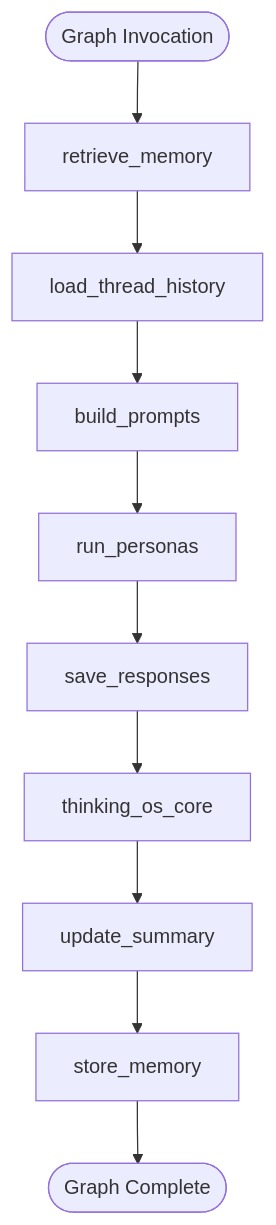
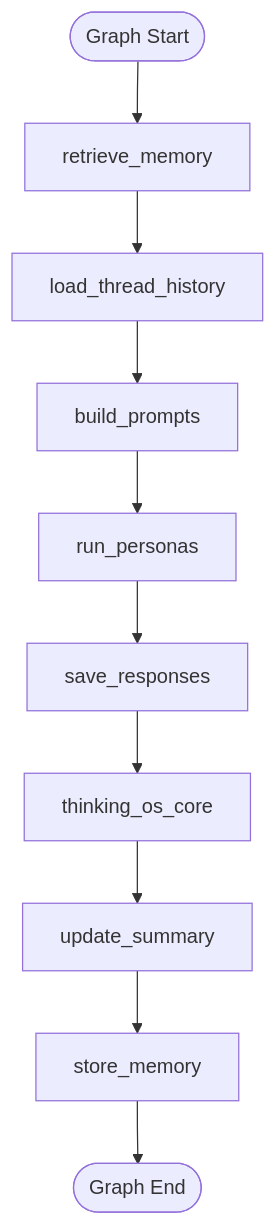
The third of 9 diagrams in .qoder/repowiki/en/content/Core Features/Thought & Memory System/Persona Orchestration Engine.md (statgod6/4ever), drawn with Mermaid before and after one commit. The commit also changed other lines of this file and 116 other files, not shown here.

````diff
--- a/.qoder/repowiki/en/content/Core Features/Thought & Memory System/Persona Orchestration Engine.md
+++ b/.qoder/repowiki/en/content/Core Features/Thought & Memory System/Persona Orchestration Engine.md
@@ -152,12 +141,12 @@
 ```mermaid
 flowchart TD
-Start(["Graph Invocation"]) --> Retrieve["retrieve_memory"]
-Retrieve --> History["load_thread_history"]
-History --> Prompts["build_prompts"]
+Start(["Graph Start"]) --> Retrieve["retrieve_memory"]
+Retrieve --> Load["load_thread_history"]
+Load --> Prompts["build_prompts"]
 Prompts --> Run["run_personas"]
 Run --> Save["save_responses"]
 Save --> Core["thinking_os_core"]
 Core --> Summary["update_summary"]
 Summary --> Store["store_memory"]
-Store --> End(["Graph Complete"])
+Store --> End(["Graph End"])
 ```
````
